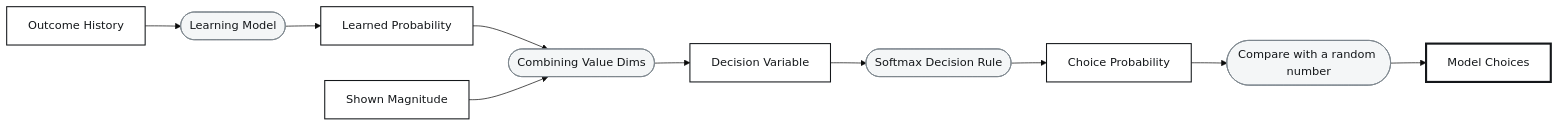
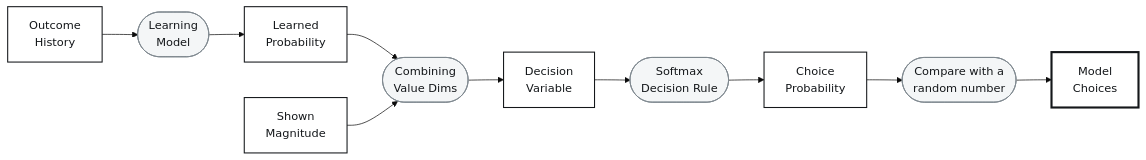
The diagram in docs/session2/diagrams/pipeline-simulate.mmd (JanGrohn/ComputationalModelingBlockPractical), drawn with Mermaid (base theme) before and after one commit. The commit also changed 26 other files, not shown here.

```diff
--- a/docs/session2/diagrams/pipeline-simulate.mmd
+++ b/docs/session2/diagrams/pipeline-simulate.mmd
@@ -1,17 +1,17 @@
 flowchart LR
-  OH["Outcome History"] --> LM(["Learning Model"])
-  LM --> LP["Learned Probability"]
-  LP --> CV(["Combining Value Dims"])
-  SM["Shown Magnitude"] --> CV
-  CV --> DV["Decision Variable"]
-  DV --> SX(["Softmax Decision Rule"])
-  SX --> CP["Choice Probability"]
-  CP --> SI(["Compare with a random number"])
-  SI --> MC["Model Choices"]
+  OH["Outcome<br>History"] --> LM(["Learning<br>Model"])
+  LM --> LP["Learned<br>Probability"]
+  LP --> CV(["Combining<br>Value Dims"])
+  SM["Shown<br>Magnitude"] --> CV
+  CV --> DV["Decision<br>Variable"]
+  DV --> SX(["Softmax<br>Decision Rule"])
+  SX --> CP["Choice<br>Probability"]
+  CP --> SI(["Compare with a<br>random number"])
+  SI --> MC["Model<br>Choices"]
 
   classDef state fill:#ffffff,stroke:#14171a,stroke-width:1.5px,color:#14171a;
   classDef op fill:#f4f6f7,stroke:#7d868d,stroke-width:1.2px,color:#14171a;
   classDef out fill:#ffffff,stroke:#14171a,stroke-width:3px,color:#14171a;
   class OH,LP,SM,DV,CP state;
   class LM,CV,SX,SI op;
   class MC out;
```
